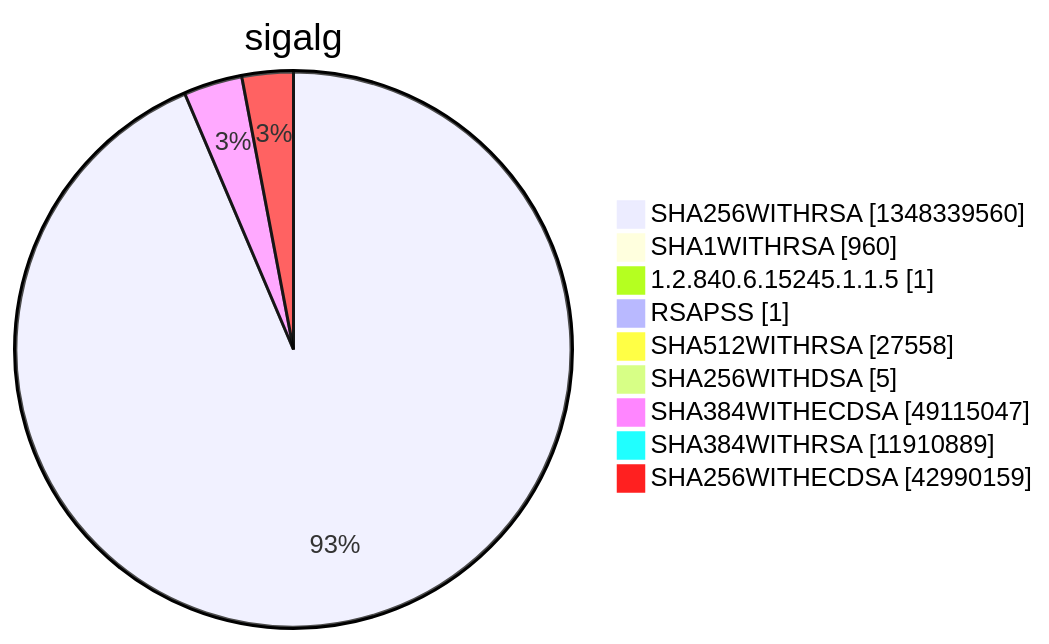
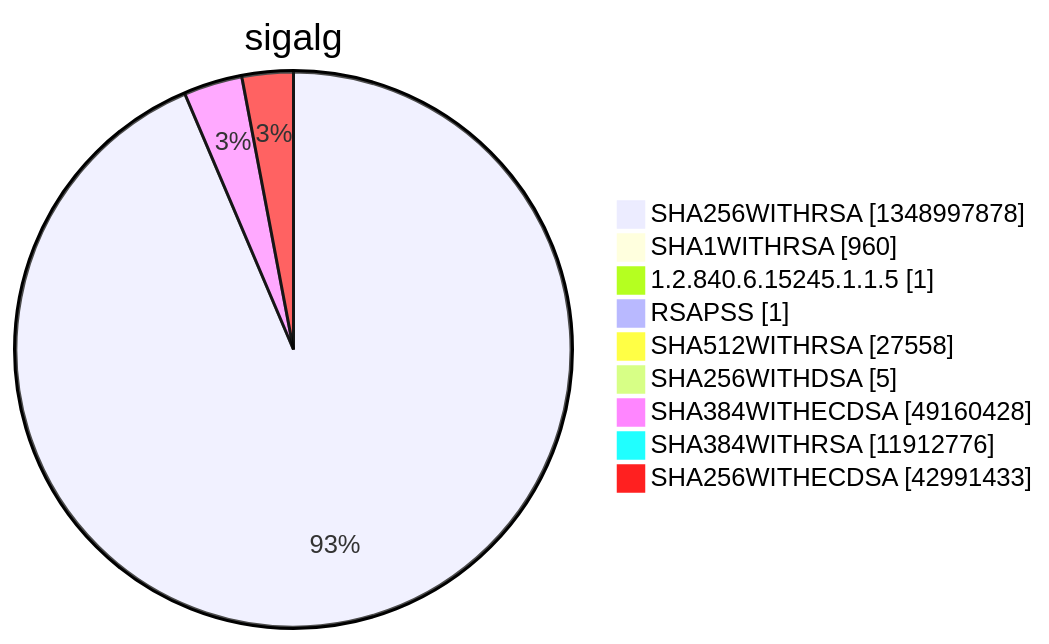
Diagram 15 of 15 in argon2022/README.md (christiankrug/ctmonitor_visualization), drawn with Mermaid before and after one commit. The commit also changed other lines of this file, not shown here.

````diff
--- a/argon2022/README.md
+++ b/argon2022/README.md
@@ -5524,13 +5524,13 @@
 ```mermaid
 pie showData
 title sigalg
-"SHA256WITHRSA" :1348339560
+"SHA256WITHRSA" :1348997878
 "SHA1WITHRSA" :960
 "1.2.840.6.15245.1.1.5" :1
 "RSAPSS" :1
 "SHA512WITHRSA" :27558
 "SHA256WITHDSA" :5
-"SHA384WITHECDSA" :49115047
-"SHA384WITHRSA" :11910889
-"SHA256WITHECDSA" :42990159
+"SHA384WITHECDSA" :49160428
+"SHA384WITHRSA" :11912776
+"SHA256WITHECDSA" :42991433
 ```
````
